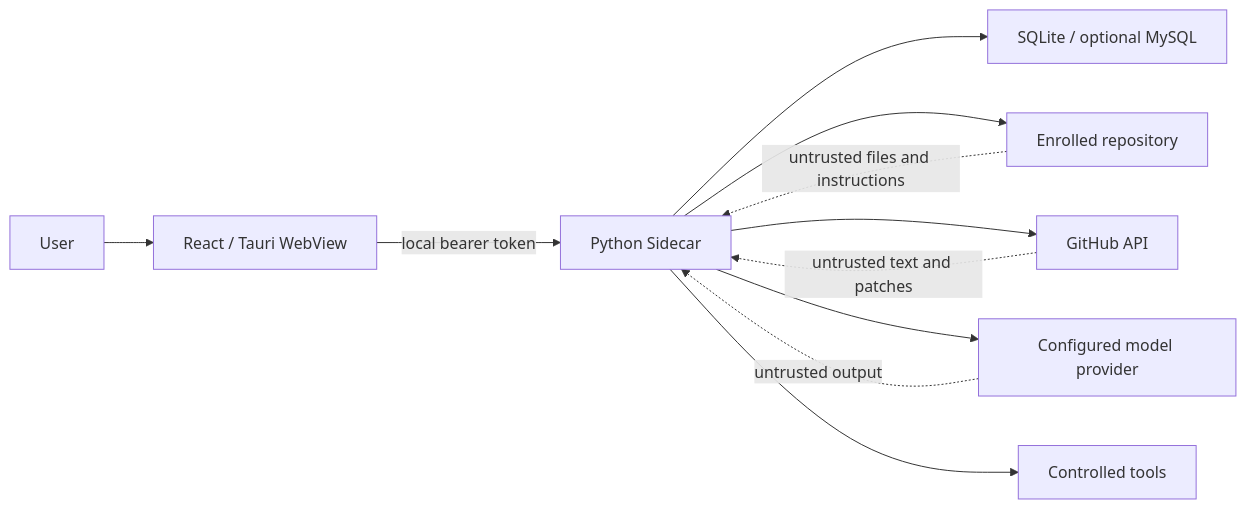
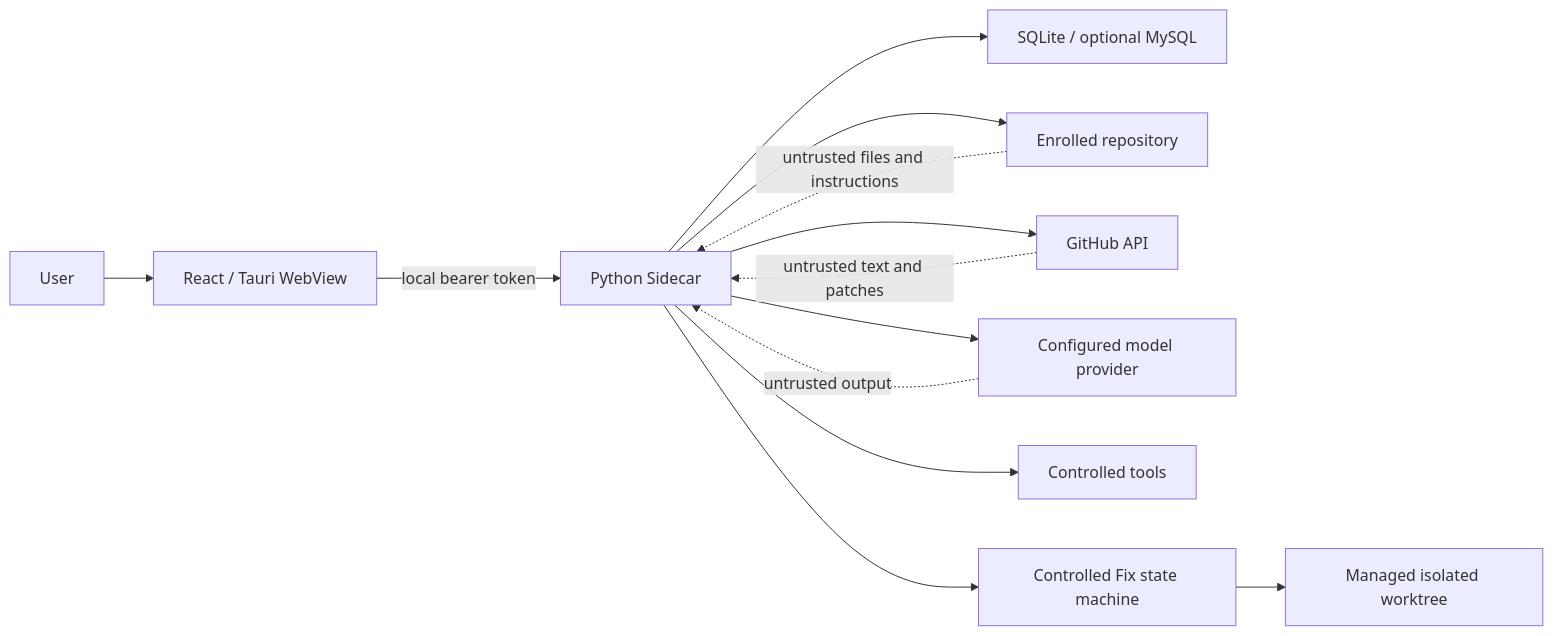
Before and after one commit to Chloiris/TraceGate-Eval: the diagram in docs/security-model.md, drawn with Mermaid. The commit also changed other lines of this file and 30 other files, not shown here.

Commit message:
docs: present verified Autofix architecture and evidence

````diff
--- a/docs/security-model.md
+++ b/docs/security-model.md
@@ -24,13 +26,15 @@
 ```mermaid
 flowchart LR
     U["User"] --> UI["React / Tauri WebView"]
     UI -->|"local bearer token"| API["Python Sidecar"]
     API --> DB["SQLite / optional MySQL"]
     API --> REPO["Enrolled repository"]
     API --> GH["GitHub API"]
     API --> LLM["Configured model provider"]
     API --> TOOL["Controlled tools"]
     GH -. "untrusted text and patches" .-> API
     REPO -. "untrusted files and instructions" .-> API
     LLM -. "untrusted output" .-> API
+    API --> FIX["Controlled Fix state machine"]
+    FIX --> WT["Managed isolated worktree"]
 ```
````
